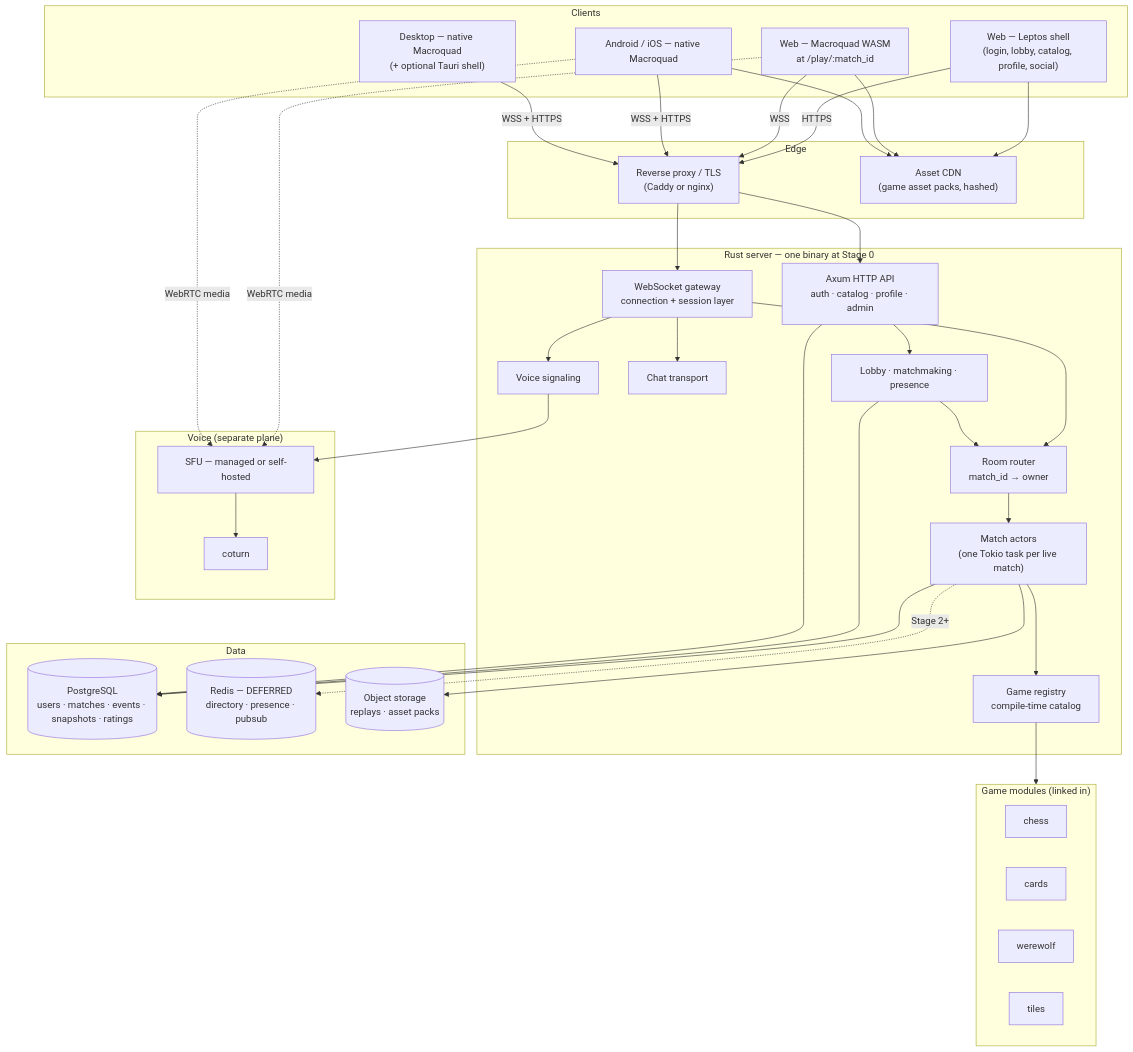
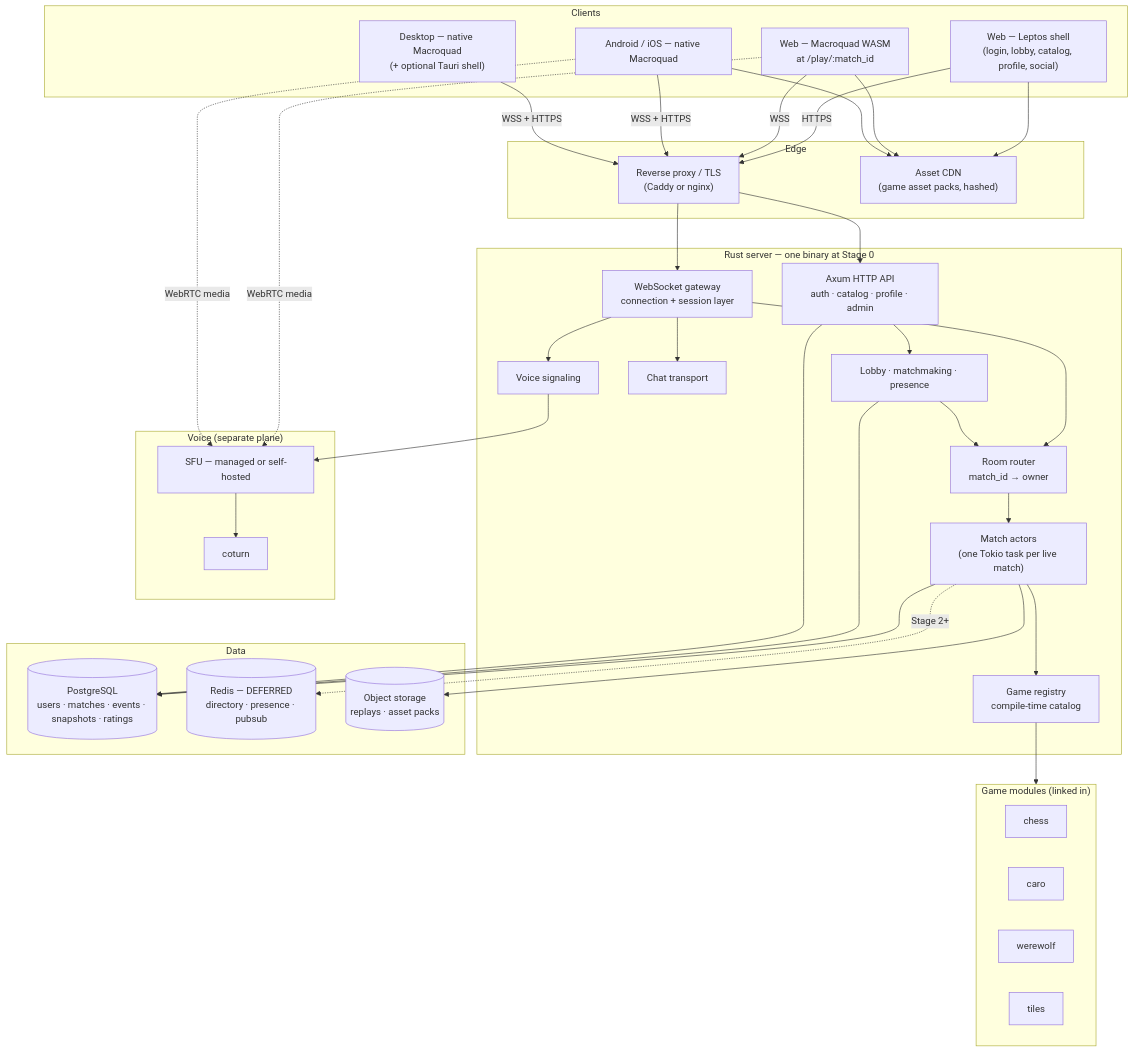
One commit to loveoverflowcom/tabula changed the fourth of 7 diagrams in docs/architecture/00-architecture-principles.md. Above: the diagram before and after it, drawn with Mermaid. The commit also changed other lines of this file and 22 other files, not shown here.

````diff
--- a/docs/architecture/00-architecture-principles.md
+++ b/docs/architecture/00-architecture-principles.md
@@ -485,68 +485,68 @@
 ```mermaid
 flowchart TB
     subgraph CLIENTS["Clients"]
         WEB["Web — Leptos shell<br/>(login, lobby, catalog, profile, social)"]
         WGAME["Web — Macroquad WASM<br/>at /play/:match_id"]
         MOB["Android / iOS — native Macroquad"]
         DESK["Desktop — native Macroquad<br/>(+ optional Tauri shell)"]
     end
 
     subgraph EDGE["Edge"]
         LB["Reverse proxy / TLS<br/>(Caddy or nginx)"]
         CDN["Asset CDN<br/>(game asset packs, hashed)"]
     end
 
     subgraph SERVER["Rust server — one binary at Stage 0"]
         HTTP["Axum HTTP API<br/>auth · catalog · profile · admin"]
         WS["WebSocket gateway<br/>connection + session layer"]
         ROUTER["Room router<br/>match_id → owner"]
         MATCH["Match actors<br/>(one Tokio task per live match)"]
         REGISTRY["Game registry<br/>compile-time catalog"]
         LOBBY["Lobby · matchmaking · presence"]
         CHAT["Chat transport"]
         VOICESIG["Voice signaling"]
     end
 
     subgraph GAMES["Game modules (linked in)"]
         G1["chess"]
-        G2["cards"]
+        G2["caro"]
         G3["werewolf"]
         G4["tiles"]
     end
 
     subgraph DATA["Data"]
         PG[("PostgreSQL<br/>users · matches · events · snapshots · ratings")]
         REDIS[("Redis — DEFERRED<br/>directory · presence · pubsub")]
         OBJ[("Object storage<br/>replays · asset packs")]
     end
 
     subgraph VOICE["Voice (separate plane)"]
         TURN["coturn"]
         SFU["SFU — managed or self-hosted"]
     end
 
     WEB -->|HTTPS| LB
     WGAME -->|WSS| LB
     MOB -->|WSS + HTTPS| LB
     DESK -->|WSS + HTTPS| LB
     WEB --> CDN
     WGAME --> CDN
     MOB --> CDN
 
     LB --> HTTP
     LB --> WS
     WS --> ROUTER --> MATCH
     MATCH --> REGISTRY --> GAMES
     HTTP --> LOBBY --> ROUTER
     WS --> CHAT
     WS --> VOICESIG
     MATCH --> PG
     LOBBY --> PG
     HTTP --> PG
     MATCH -.->|Stage 2+| REDIS
     MATCH --> OBJ
     VOICESIG --> SFU
     WGAME -.->|WebRTC media| SFU
     MOB -.->|WebRTC media| SFU
     SFU --> TURN
 ```
````
